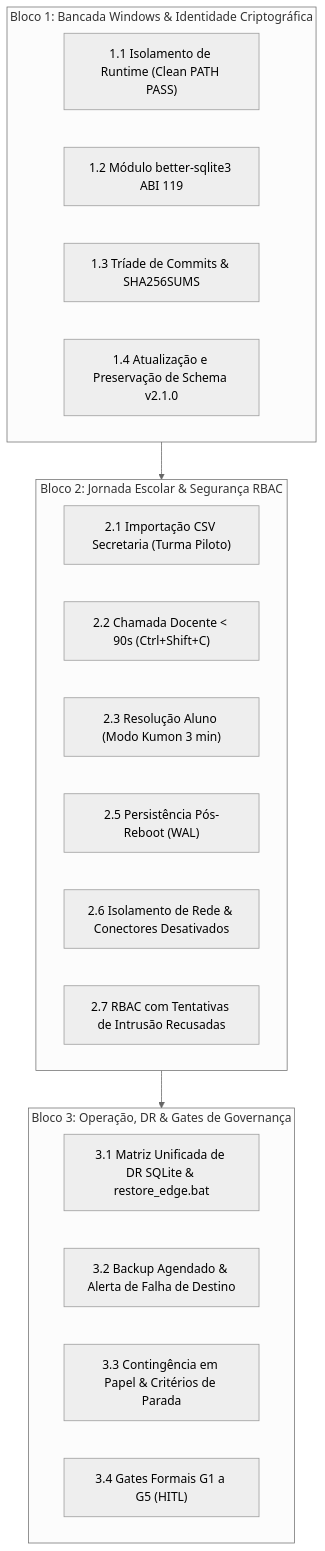
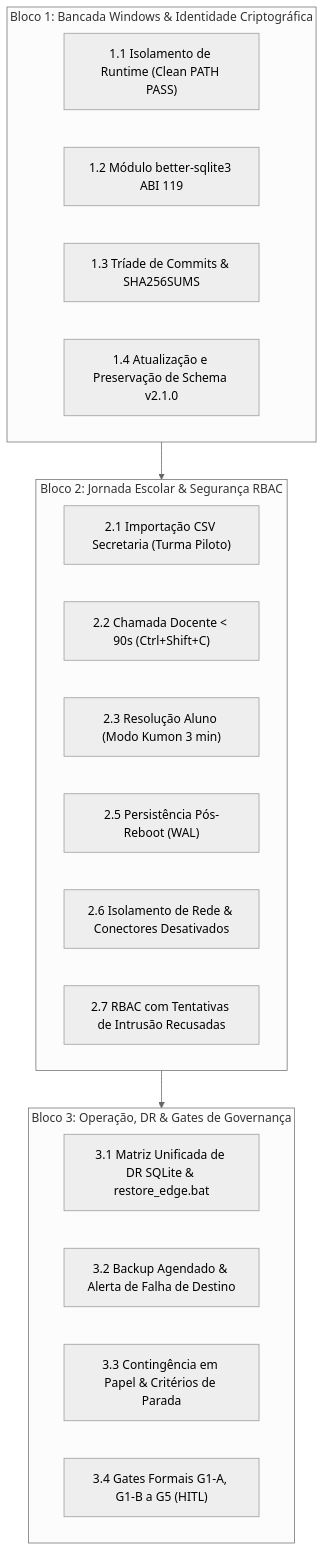
Before and after one commit to andrejrunb/-quila-pro-v-1.0.0: the diagram in perplexity/plano_executivo_homologacao_h01.md, drawn with Mermaid (neutral theme). The commit also changed other lines of this file and 12 other files, not shown here.

````diff
--- a/perplexity/plano_executivo_homologacao_h01.md
+++ b/perplexity/plano_executivo_homologacao_h01.md
@@ -31,27 +31,27 @@
 ```mermaid
 flowchart TD
     subgraph Bloco1 ["Bloco 1: Bancada Windows & Identidade Criptográfica"]
         B1_1["1.1 Isolamento de Runtime (Clean PATH PASS)"]
         B1_2["1.2 Módulo better-sqlite3 ABI 119"]
         B1_3["1.3 Tríade de Commits & SHA256SUMS"]
         B1_4["1.4 Atualização e Preservação de Schema v2.1.0"]
     end
 
     subgraph Bloco2 ["Bloco 2: Jornada Escolar & Segurança RBAC"]
         B2_1["2.1 Importação CSV Secretaria (Turma Piloto)"]
         B2_2["2.2 Chamada Docente < 90s (Ctrl+Shift+C)"]
         B2_3["2.3 Resolução Aluno (Modo Kumon 3 min)"]
         B2_4["2.5 Persistência Pós-Reboot (WAL)"]
         B2_6["2.6 Isolamento de Rede & Conectores Desativados"]
         B2_7["2.7 RBAC com Tentativas de Intrusão Recusadas"]
     end
 
     subgraph Bloco3 ["Bloco 3: Operação, DR & Gates de Governança"]
         B3_1["3.1 Matriz Unificada de DR SQLite & restore_edge.bat"]
         B3_2["3.2 Backup Agendado & Alerta de Falha de Destino"]
         B3_3["3.3 Contingência em Papel & Critérios de Parada"]
-        B3_4["3.4 Gates Formais G1 a G5 (HITL)"]
+        B3_4["3.4 Gates Formais G1-A, G1-B a G5 (HITL)"]
     end
 
     Bloco1 --> Bloco2 --> Bloco3
 ```
````
